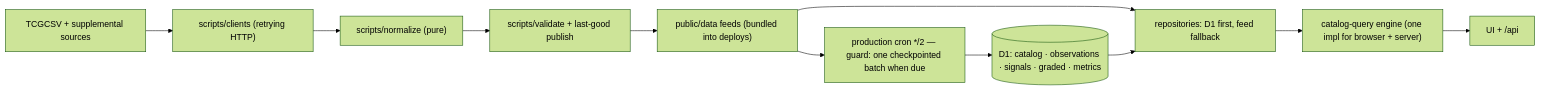
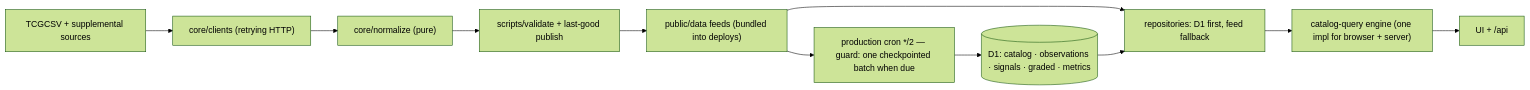
Before and after one commit to cjord/rawsignal: the third of 3 diagrams in docs/helicopter-view.md, drawn with Mermaid (forest theme). The commit also changed other lines of this file and 5 other files, not shown here.

````diff
--- a/docs/helicopter-view.md
+++ b/docs/helicopter-view.md
@@ -97,18 +97,18 @@
 ```mermaid
 flowchart LR
   src["TCGCSV + supplemental sources"]
-  clients["scripts/clients (retrying HTTP)"]
-  norm["scripts/normalize (pure)"]
+  clients["core/clients (retrying HTTP)"]
+  norm["core/normalize (pure)"]
   val["scripts/validate + last-good publish"]
   pub["public/data feeds (bundled into deploys)"]
   cron["production cron */2 — guard: one checkpointed batch when due"]
   d1[("D1: catalog · observations · signals · graded · metrics")]
   repos["repositories: D1 first, feed fallback"]
   engine["catalog-query engine (one impl for browser + server)"]
   uiEnd["UI + /api"]
 
   src --> clients --> norm --> val --> pub
   pub --> cron --> d1
   pub --> repos
   d1 --> repos --> engine --> uiEnd
 ```
````
